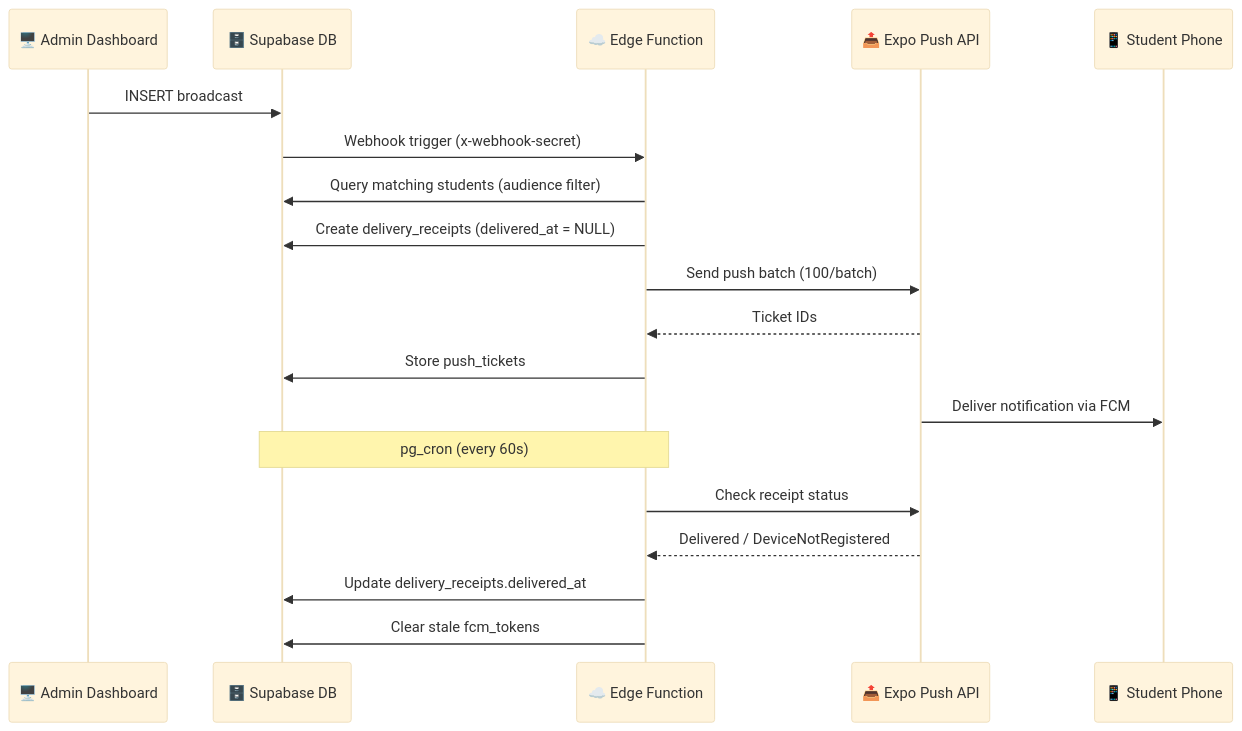
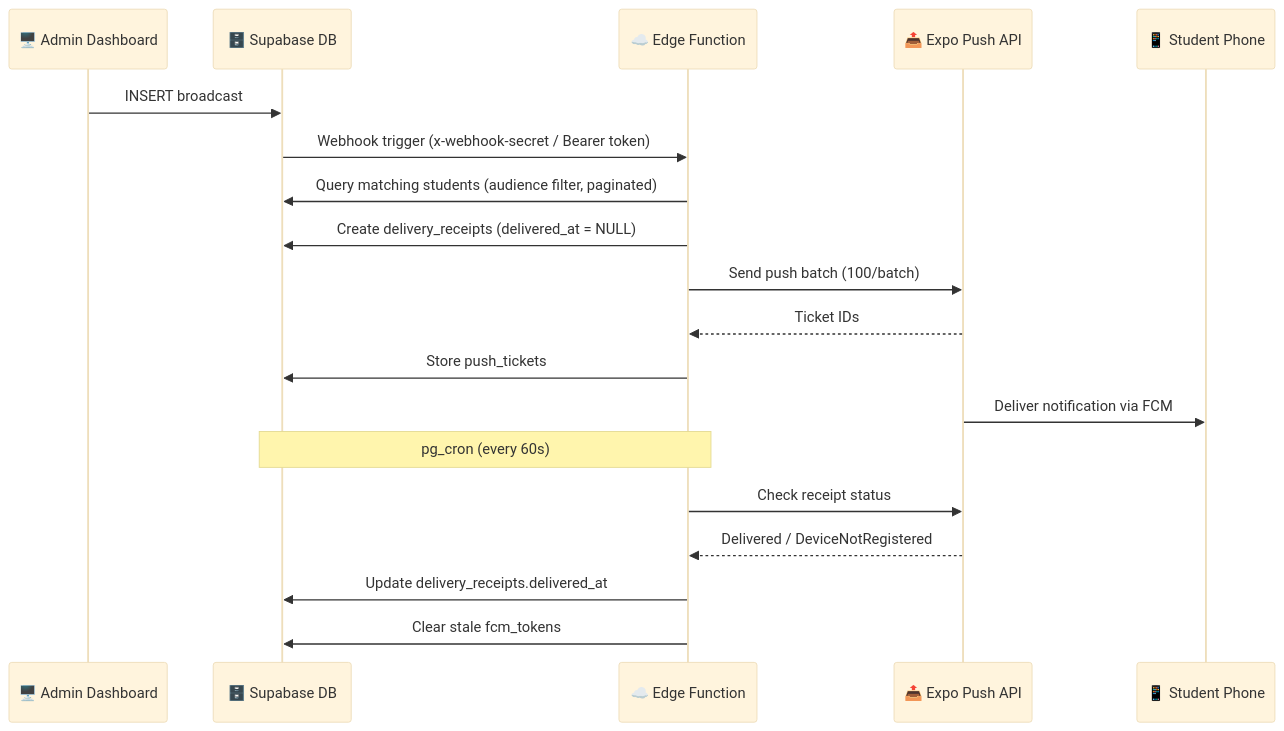
Before and after one commit to kxnn02/campus-currents: the second of 4 diagrams in README.md, drawn with Mermaid (base theme). The commit also changed other lines of this file and 10 other files, not shown here.

````diff
--- a/README.md
+++ b/README.md
@@ -68,22 +68,22 @@
 ```mermaid
 sequenceDiagram
     participant Admin as 🖥️ Admin Dashboard
     participant DB as 🗄️ Supabase DB
     participant EF as ☁️ Edge Function
     participant Expo as 📤 Expo Push API
     participant Phone as 📱 Student Phone
 
     Admin->>DB: INSERT broadcast
-    DB->>EF: Webhook trigger (x-webhook-secret)
-    EF->>DB: Query matching students (audience filter)
+    DB->>EF: Webhook trigger (x-webhook-secret / Bearer token)
+    EF->>DB: Query matching students (audience filter, paginated)
     EF->>DB: Create delivery_receipts (delivered_at = NULL)
     EF->>Expo: Send push batch (100/batch)
     Expo-->>EF: Ticket IDs
     EF->>DB: Store push_tickets
     Expo->>Phone: Deliver notification via FCM
     Note over EF,DB: pg_cron (every 60s)
     EF->>Expo: Check receipt status
     Expo-->>EF: Delivered / DeviceNotRegistered
     EF->>DB: Update delivery_receipts.delivered_at
     EF->>DB: Clear stale fcm_tokens
 ```
````
